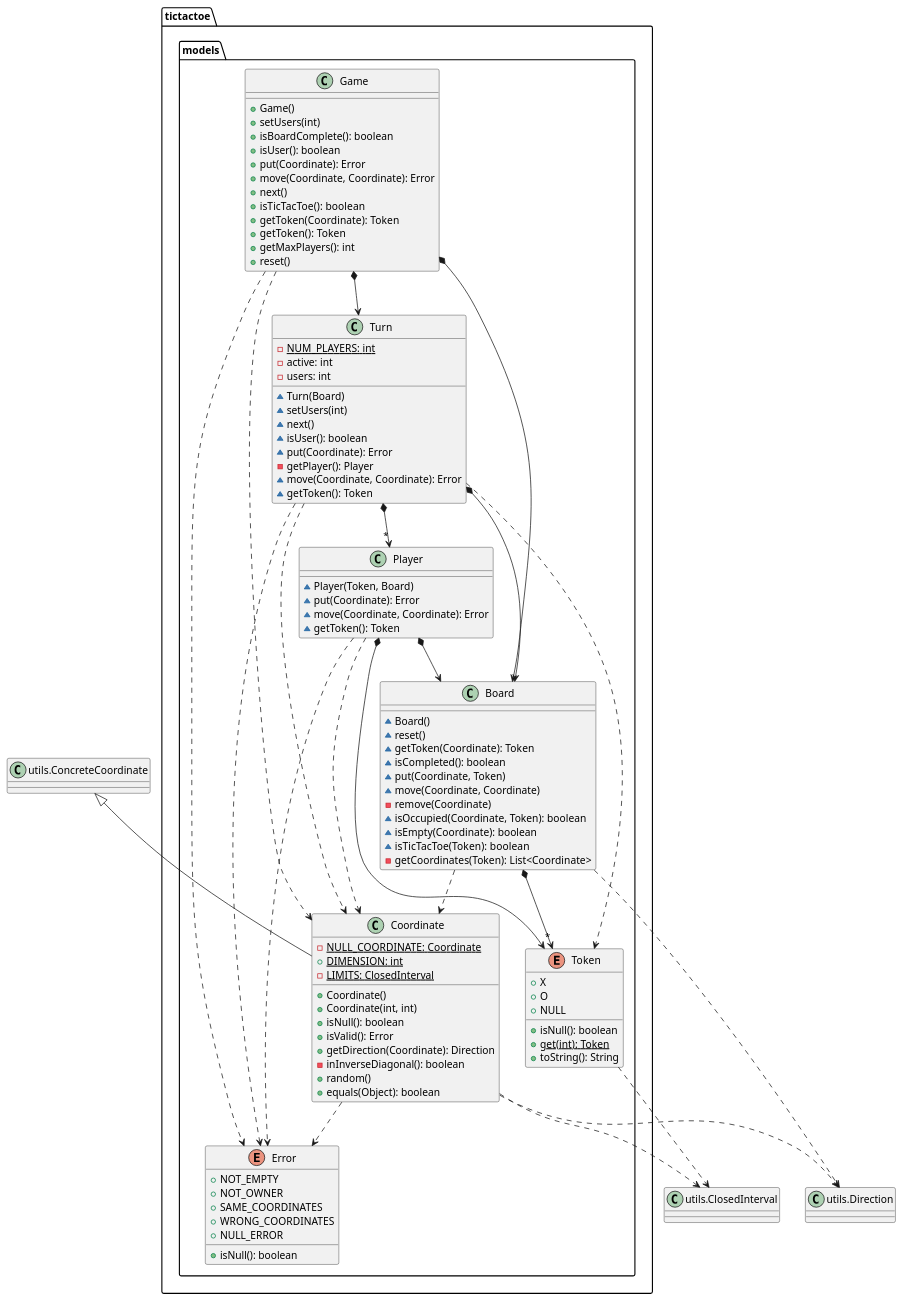
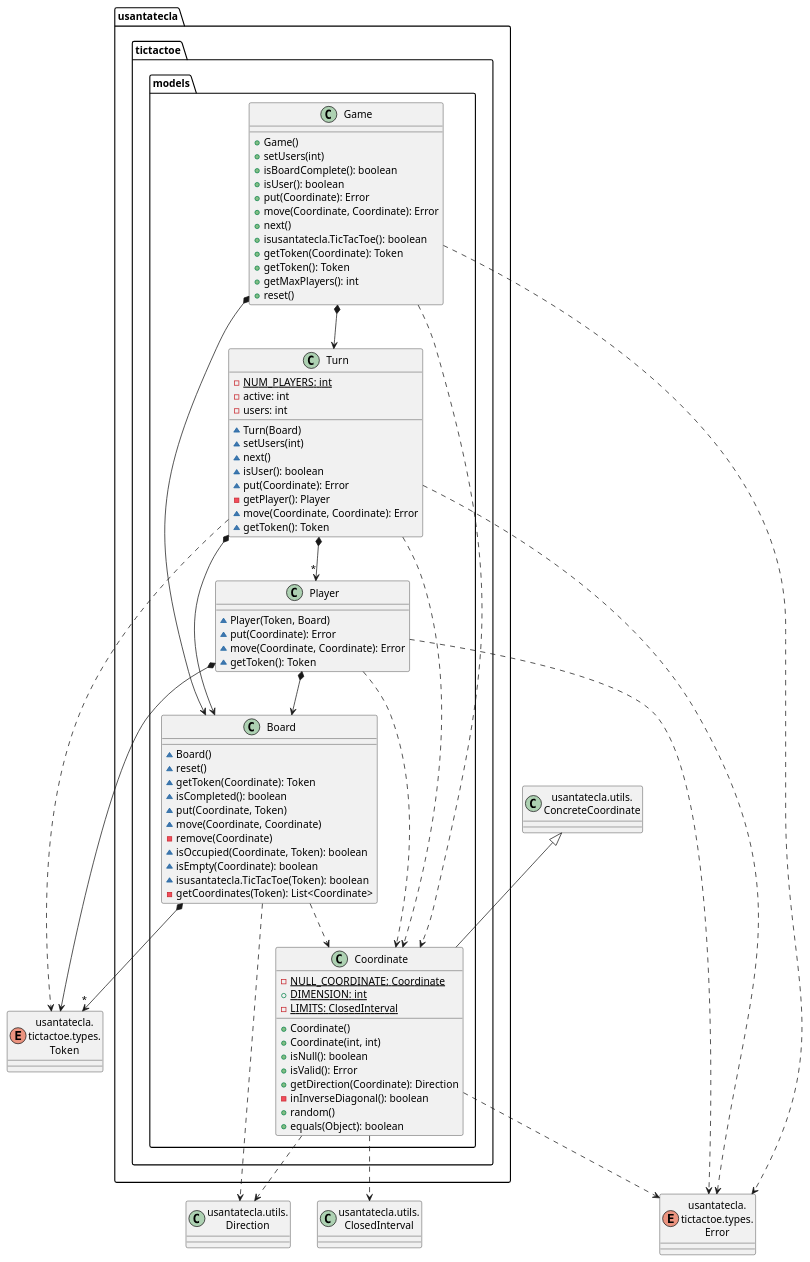
The third of 5 diagrams in documentView/console/docs/diagrams/src/paquetes.plantuml (Jolucaa/USantaTecla-project-ticTacToe), drawn with PlantUML before and after one commit. The commit also changed other lines of this file and 111 other files, not shown here.

Commit message:
[dv] Added types package + refactored diagrams

```diff
--- a/documentView/console/docs/diagrams/src/paquetes.plantuml
+++ b/documentView/console/docs/diagrams/src/paquetes.plantuml
@@ -124,111 +125,93 @@
 @startuml tictactoe.models
-class Direction as "utils.Direction"{}
-class ConcreteCoordinate as "utils.ConcreteCoordinate"{}
-class ClosedInterval as "utils.ClosedInterval"{}
+enum Error as "usantatecla.\ntictactoe.types.\nError"
+enum Token as "usantatecla.\ntictactoe.types.\nToken"
+class Direction as "usantatecla.utils.\nDirection"
+class ConcreteCoordinate as "usantatecla.utils.\nConcreteCoordinate"
+class ClosedInterval as "usantatecla.utils.\nClosedInterval"
 
-class  tictactoe.models.Board{
-~ Board()
-~ reset()
-~ getToken(Coordinate): Token
-~ isCompleted(): boolean
-~ put(Coordinate, Token)
-~ move(Coordinate, Coordinate)
-- remove(Coordinate)
-~ isOccupied(Coordinate, Token): boolean
-~ isEmpty(Coordinate): boolean
-~ isTicTacToe(Token): boolean
-- getCoordinates(Token): List<Coordinate>
+class  usantatecla.tictactoe.models.Board{
+  ~ Board()
+  ~ reset()
+  ~ getToken(Coordinate): Token
+  ~ isCompleted(): boolean
+  ~ put(Coordinate, Token)
+  ~ move(Coordinate, Coordinate)
+  - remove(Coordinate)
+  ~ isOccupied(Coordinate, Token): boolean
+  ~ isEmpty(Coordinate): boolean
+  ~ isusantatecla.TicTacToe(Token): boolean
+  - getCoordinates(Token): List<Coordinate>
 }
-tictactoe.models.Board ..> tictactoe.models.Coordinate
-tictactoe.models.Board *-down-> "*" tictactoe.models.Token
-tictactoe.models.Board ..> Direction
+usantatecla.tictactoe.models.Board *-down-> "*" Token
+usantatecla.tictactoe.models.Board .down.> usantatecla.tictactoe.models.Coordinate
+usantatecla.tictactoe.models.Board .down.> Direction
 
-class  tictactoe.models.Coordinate{
-- {static} NULL_COORDINATE: Coordinate
-+ {static} DIMENSION: int
-- {static} LIMITS: ClosedInterval
-+ Coordinate()
-+ Coordinate(int, int)
-+ isNull(): boolean
-+ isValid(): Error
-+ getDirection(Coordinate): Direction
-- inInverseDiagonal(): boolean
-+ random()
-+ equals(Object): boolean
+class  usantatecla.tictactoe.models.Coordinate{
+  - {static} NULL_COORDINATE: Coordinate
+  + {static} DIMENSION: int
+  - {static} LIMITS: ClosedInterval
+  + Coordinate()
+  + Coordinate(int, int)
+  + isNull(): boolean
+  + isValid(): Error
+  + getDirection(Coordinate): Direction
+  - inInverseDiagonal(): boolean
+  + random()
+  + equals(Object): boolean
 }
-ConcreteCoordinate <|-down- tictactoe.models.Coordinate
-tictactoe.models.Coordinate ..> tictactoe.models.Error
-tictactoe.models.Coordinate ..> Direction
-tictactoe.models.Coordinate ..> ClosedInterval
+ConcreteCoordinate <|-down- usantatecla.tictactoe.models.Coordinate
+usantatecla.tictactoe.models.Coordinate .down.> Error
+usantatecla.tictactoe.models.Coordinate .down.> Direction
+usantatecla.tictactoe.models.Coordinate .down.> ClosedInterval
 
-enum  tictactoe.models.Error{
-+ NOT_EMPTY
-+ NOT_OWNER
-+ SAME_COORDINATES
-+ WRONG_COORDINATES
-+ NULL_ERROR
-+ isNull(): boolean
+class  usantatecla.tictactoe.models.Game{
+  + Game()
+  + setUsers(int)
+  + isBoardComplete(): boolean
+  + isUser(): boolean
+  + put(Coordinate): Error
+  + move(Coordinate, Coordinate): Error
+  + next()
+  + isusantatecla.TicTacToe(): boolean
+  + getToken(Coordinate): Token
+  + getToken(): Token
+  + getMaxPlayers(): int
+  + reset()
+}
+usantatecla.tictactoe.models.Game *-down-> usantatecla.tictactoe.models.Board
+usantatecla.tictactoe.models.Game *-down-> usantatecla.tictactoe.models.Turn
+usantatecla.tictactoe.models.Game .down.> usantatecla.tictactoe.models.Coordinate
+usantatecla.tictactoe.models.Game .down.> Error
+
+class  usantatecla.tictactoe.models.Player{
+  ~ Player(Token, Board)
+  ~ put(Coordinate): Error
+  ~ move(Coordinate, Coordinate): Error
+  ~ getToken(): Token
+}
+usantatecla.tictactoe.models.Player *-down-> usantatecla.tictactoe.models.Board
+usantatecla.tictactoe.models.Player *-down-> Token
+usantatecla.tictactoe.models.Player .down.> usantatecla.tictactoe.models.Coordinate
+usantatecla.tictactoe.models.Player .down.> Error
+
+class  usantatecla.tictactoe.models.Turn{
+  - {static} NUM_PLAYERS: int
+  - active: int
+  - users: int
+  ~ Turn(Board)
+  ~ setUsers(int)
+  ~ next()
+  ~ isUser(): boolean
+  ~ put(Coordinate): Error
+  - getPlayer(): Player
+  ~ move(Coordinate, Coordinate): Error
+  ~ getToken(): Token
 }
 
-class  tictactoe.models.Game{
-+ Game()
-+ setUsers(int)
-+ isBoardComplete(): boolean
-+ isUser(): boolean
-+ put(Coordinate): Error
-+ move(Coordinate, Coordinate): Error
-+ next()
-+ isTicTacToe(): boolean
-+ getToken(Coordinate): Token
-+ getToken(): Token
-+ getMaxPlayers(): int
-+ reset()
-}
-tictactoe.models.Game *-down-> tictactoe.models.Board
-tictactoe.models.Game *-down-> tictactoe.models.Turn
-tictactoe.models.Game ..> tictactoe.models.Coordinate
-tictactoe.models.Game ..> tictactoe.models.Error
-
-class  tictactoe.models.Player{
-~ Player(Token, Board)
-~ put(Coordinate): Error
-~ move(Coordinate, Coordinate): Error
-~ getToken(): Token
-}
-tictactoe.models.Player *-down-> tictactoe.models.Token
-tictactoe.models.Player *-down-> tictactoe.models.Board
-tictactoe.models.Player ..> tictactoe.models.Coordinate
-tictactoe.models.Player ..> tictactoe.models.Error
-
-enum  tictactoe.models.Token{
-+ X
-+ O
-+ NULL
-+ isNull(): boolean
-+ {static} get(int): Token
-+ toString(): String
-}
-
-tictactoe.models.Token ..> ClosedInterval
-
-class  tictactoe.models.Turn{
-- {static} NUM_PLAYERS: int
-- active: int
-- users: int
-~ Turn(Board)
-~ setUsers(int)
-~ next()
-~ isUser(): boolean
-~ put(Coordinate): Error
-- getPlayer(): Player
-~ move(Coordinate, Coordinate): Error
-~ getToken(): Token
-}
-
-tictactoe.models.Turn *-down-> "*" tictactoe.models.Player
-tictactoe.models.Turn *-down-> tictactoe.models.Board
-tictactoe.models.Turn ..down-> tictactoe.models.Token
-tictactoe.models.Turn ..down-> tictactoe.models.Coordinate
-tictactoe.models.Turn ..down-> tictactoe.models.Error
+usantatecla.tictactoe.models.Turn *-down-> "*" usantatecla.tictactoe.models.Player
+usantatecla.tictactoe.models.Turn *-down-> usantatecla.tictactoe.models.Board
+usantatecla.tictactoe.models.Turn .down.> usantatecla.tictactoe.models.Coordinate
+usantatecla.tictactoe.models.Turn .down.> Token
+usantatecla.tictactoe.models.Turn .down.> Error
 
 @enduml
```
